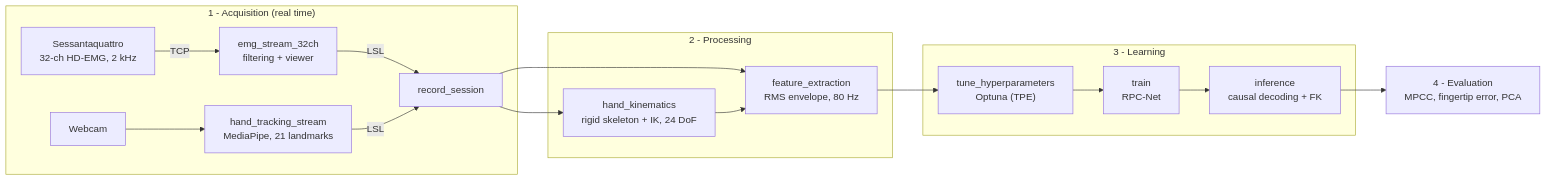
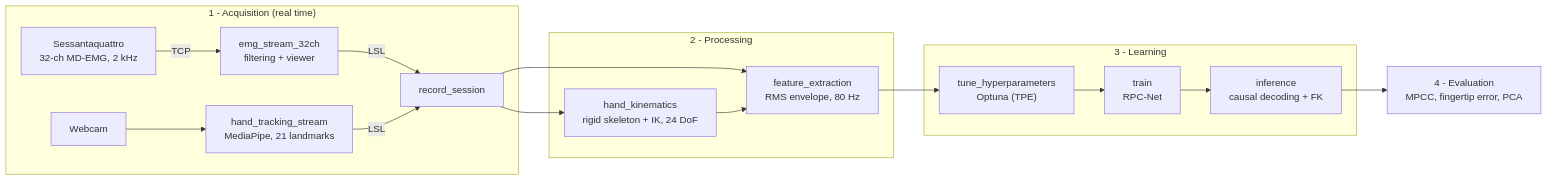
One commit to crupalolvov/NP_project changed the diagram in README.md. Above: the diagram before and after it, drawn with Mermaid. The commit also changed other lines of this file and 3 other files, not shown here.

````diff
--- a/README.md
+++ b/README.md
@@ -40,20 +76,20 @@
 ```mermaid
 flowchart LR
     subgraph ACQ["1 - Acquisition (real time)"]
-        S64["Sessantaquattro<br/>32-ch HD-EMG, 2 kHz"] -->|TCP| EMG["emg_stream_32ch<br/>filtering + viewer"]
+        S64["Sessantaquattro<br/>32-ch MD-EMG, 2 kHz"] -->|TCP| EMG["emg_stream_32ch<br/>filtering + viewer"]
         CAM["Webcam"] --> MP["hand_tracking_stream<br/>MediaPipe, 21 landmarks"]
         EMG -->|LSL| REC["record_session"]
         MP -->|LSL| REC
     end
     subgraph PROC["2 - Processing"]
         REC --> KIN["hand_kinematics<br/>rigid skeleton + IK, 24 DoF"]
         REC --> FE["feature_extraction<br/>RMS envelope, 80 Hz"]
         KIN --> FE
     end
     subgraph ML["3 - Learning"]
         FE --> HPO["tune_hyperparameters<br/>Optuna (TPE)"]
         HPO --> TR["train<br/>RPC-Net"]
         TR --> INF["inference<br/>causal decoding + FK"]
     end
     INF --> EV["4 - Evaluation<br/>MPCC, fingertip error, PCA"]
 ```
````
